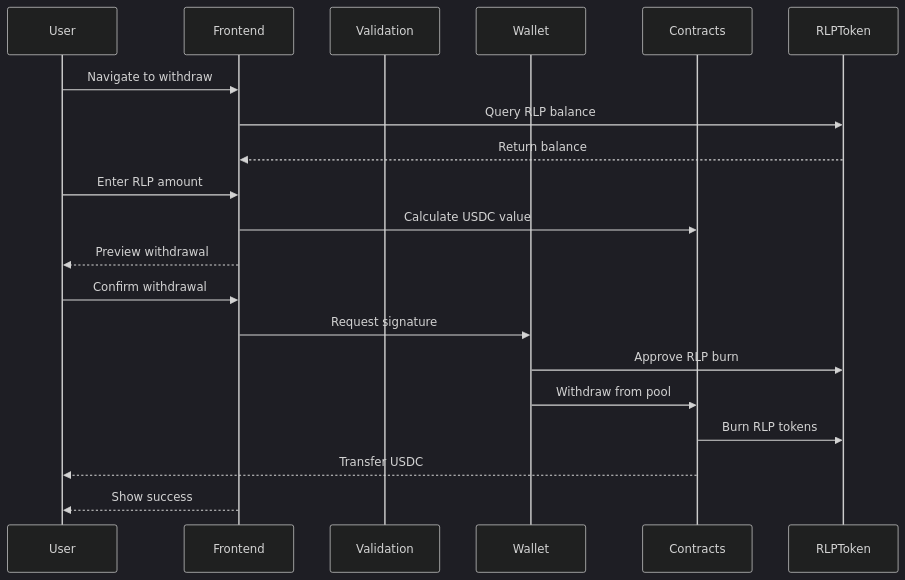
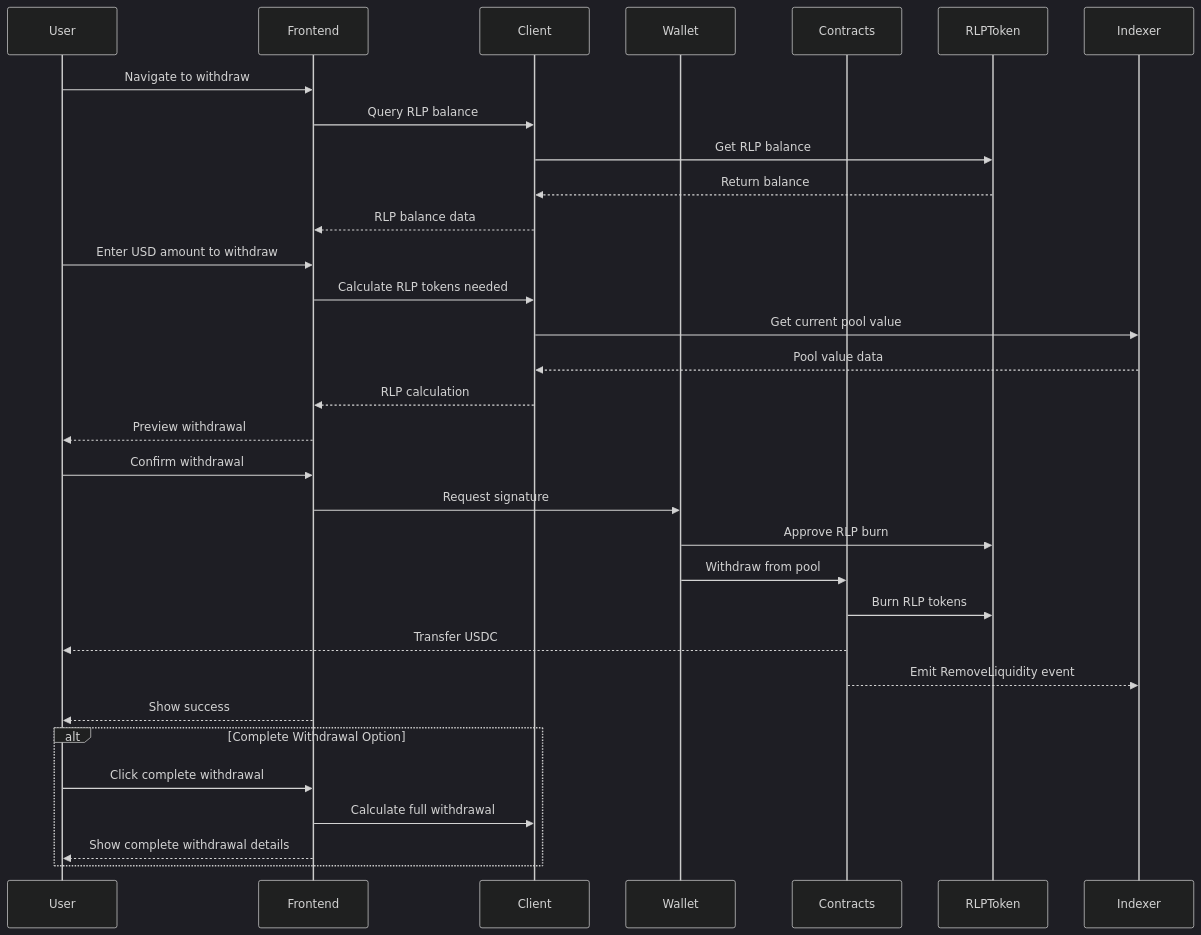
One commit to dydxprotocol/v4-web changed diagram 11 of 15 in project-stories-breakdown-reorganized.md. Above: the diagram before and after it, drawn with Mermaid (dark theme). The commit also changed other lines of this file, not shown here.

Commit message:
docs(arch): Update user stories for correctness and clarity

````diff
--- a/project-stories-breakdown-reorganized.md
+++ b/project-stories-breakdown-reorganized.md
@@ -1617,23 +1323,36 @@
 ```mermaid
 sequenceDiagram
     participant User
     participant Frontend
-    participant Validation
+    participant Client
     participant Wallet
     participant Contracts
     participant RLPToken
+    participant Indexer
     
     User->>Frontend: Navigate to withdraw
-    Frontend->>RLPToken: Query RLP balance
-    RLPToken-->>Frontend: Return balance
-    User->>Frontend: Enter RLP amount
-    Frontend->>Contracts: Calculate USDC value
+    Frontend->>Client: Query RLP balance
+    Client->>RLPToken: Get RLP balance
+    RLPToken-->>Client: Return balance
+    Client-->>Frontend: RLP balance data
+    User->>Frontend: Enter USD amount to withdraw
+    Frontend->>Client: Calculate RLP tokens needed
+    Client->>Indexer: Get current pool value
+    Indexer-->>Client: Pool value data
+    Client-->>Frontend: RLP calculation
     Frontend-->>User: Preview withdrawal
     User->>Frontend: Confirm withdrawal
     Frontend->>Wallet: Request signature
     Wallet->>RLPToken: Approve RLP burn
     Wallet->>Contracts: Withdraw from pool
     Contracts->>RLPToken: Burn RLP tokens
     Contracts-->>User: Transfer USDC
+    Contracts-->>Indexer: Emit RemoveLiquidity event
     Frontend-->>User: Show success
+    
+    alt Complete Withdrawal Option
+        User->>Frontend: Click complete withdrawal
+        Frontend->>Client: Calculate full withdrawal
+        Frontend-->>User: Show complete withdrawal details
+    end
 ```
````
